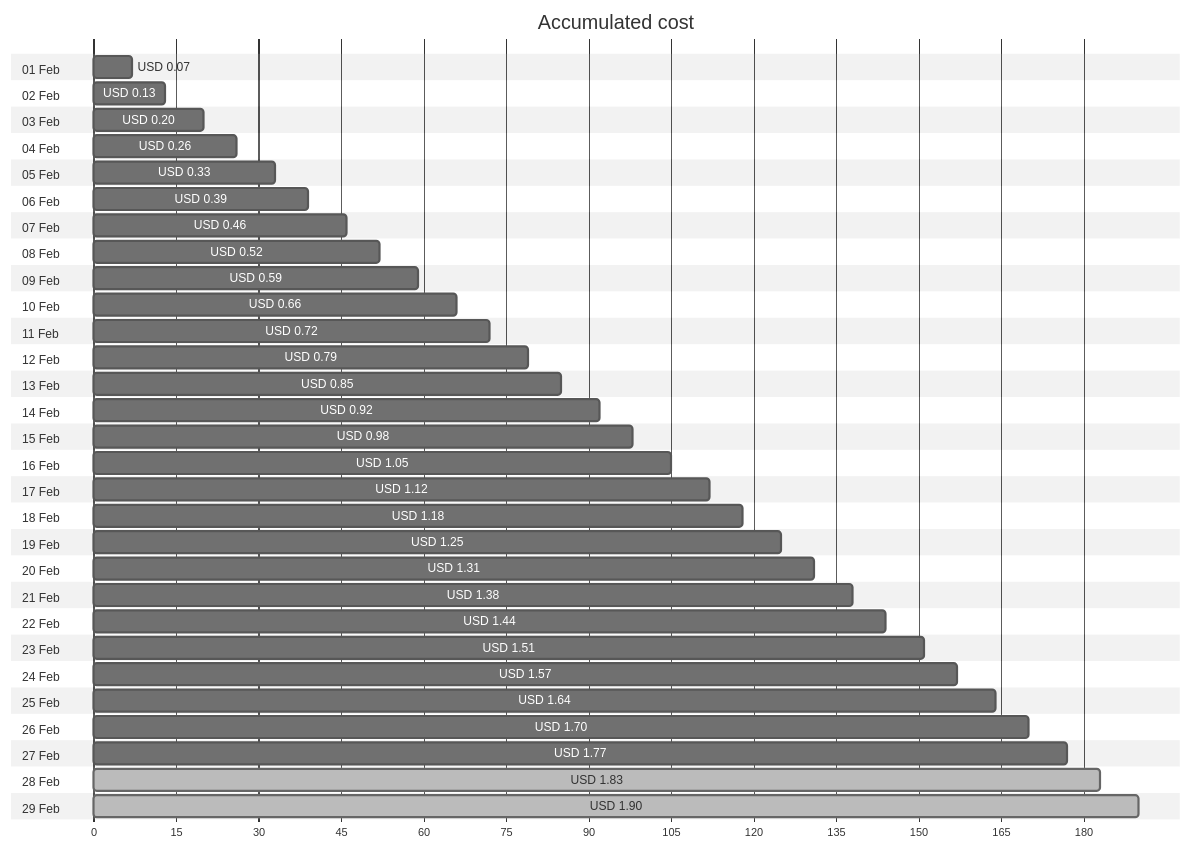
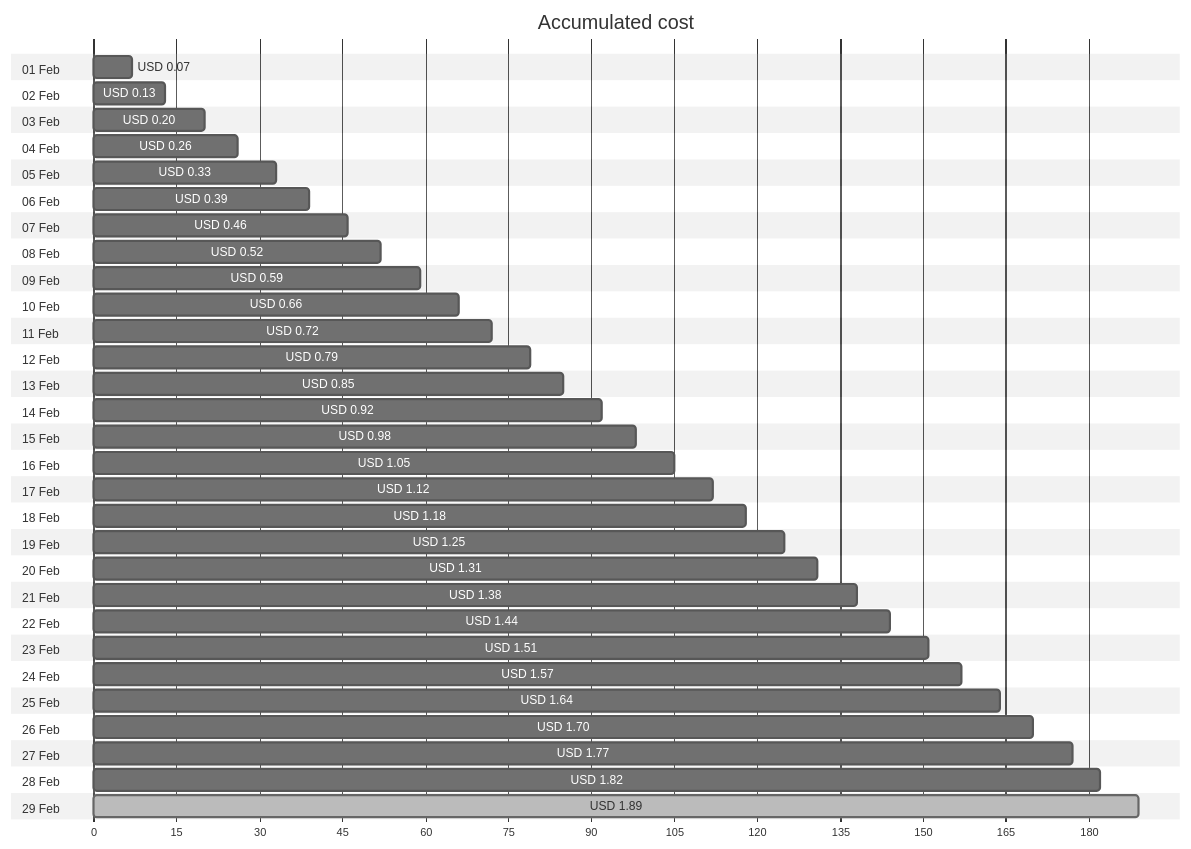
One commit to jpfulton/azure-personal-reports changed the first of 4 diagrams in cost-reports/personal-network/vpn-server_OsDisk.md. Above: the diagram before and after it, drawn with Mermaid (neutral theme). The commit also changed other lines of this file and 8 other files, not shown here.

````diff
--- a/cost-reports/personal-network/vpn-server_OsDisk.md
+++ b/cost-reports/personal-network/vpn-server_OsDisk.md
@@ -20,64 +20,64 @@
 ```mermaid
 gantt
    title Accumulated cost
    dateFormat  X
    axisFormat %s
    section 01 Feb
    USD 0.07 :0, 7
    section 02 Feb
    USD 0.13 :0, 13
    section 03 Feb
    USD 0.20 :0, 20
    section 04 Feb
    USD 0.26 :0, 26
    section 05 Feb
    USD 0.33 :0, 33
    section 06 Feb
    USD 0.39 :0, 39
    section 07 Feb
    USD 0.46 :0, 46
    section 08 Feb
    USD 0.52 :0, 52
    section 09 Feb
    USD 0.59 :0, 59
    section 10 Feb
    USD 0.66 :0, 66
    section 11 Feb
    USD 0.72 :0, 72
    section 12 Feb
    USD 0.79 :0, 79
    section 13 Feb
    USD 0.85 :0, 85
    section 14 Feb
    USD 0.92 :0, 92
    section 15 Feb
    USD 0.98 :0, 98
    section 16 Feb
    USD 1.05 :0, 105
    section 17 Feb
    USD 1.12 :0, 112
    section 18 Feb
    USD 1.18 :0, 118
    section 19 Feb
    USD 1.25 :0, 125
    section 20 Feb
    USD 1.31 :0, 131
    section 21 Feb
    USD 1.38 :0, 138
    section 22 Feb
    USD 1.44 :0, 144
    section 23 Feb
    USD 1.51 :0, 151
    section 24 Feb
    USD 1.57 :0, 157
    section 25 Feb
    USD 1.64 :0, 164
    section 26 Feb
    USD 1.70 :0, 170
    section 27 Feb
    USD 1.77 :0, 177
    section 28 Feb
-   USD 1.83 : done, 0, 183
+   USD 1.82 :0, 182
    section 29 Feb
-   USD 1.90 : done, 0, 190
+   USD 1.89 : done, 0, 189
 ```
````
